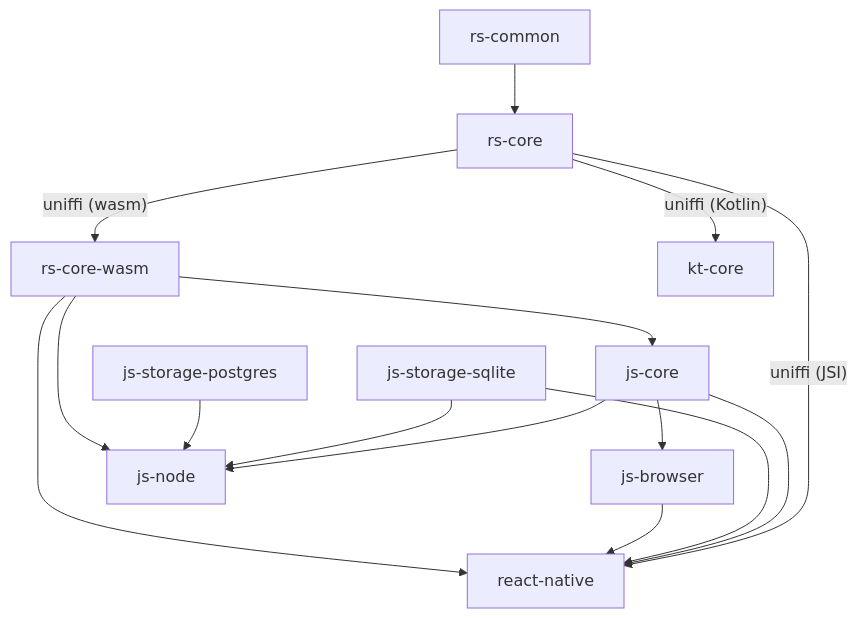
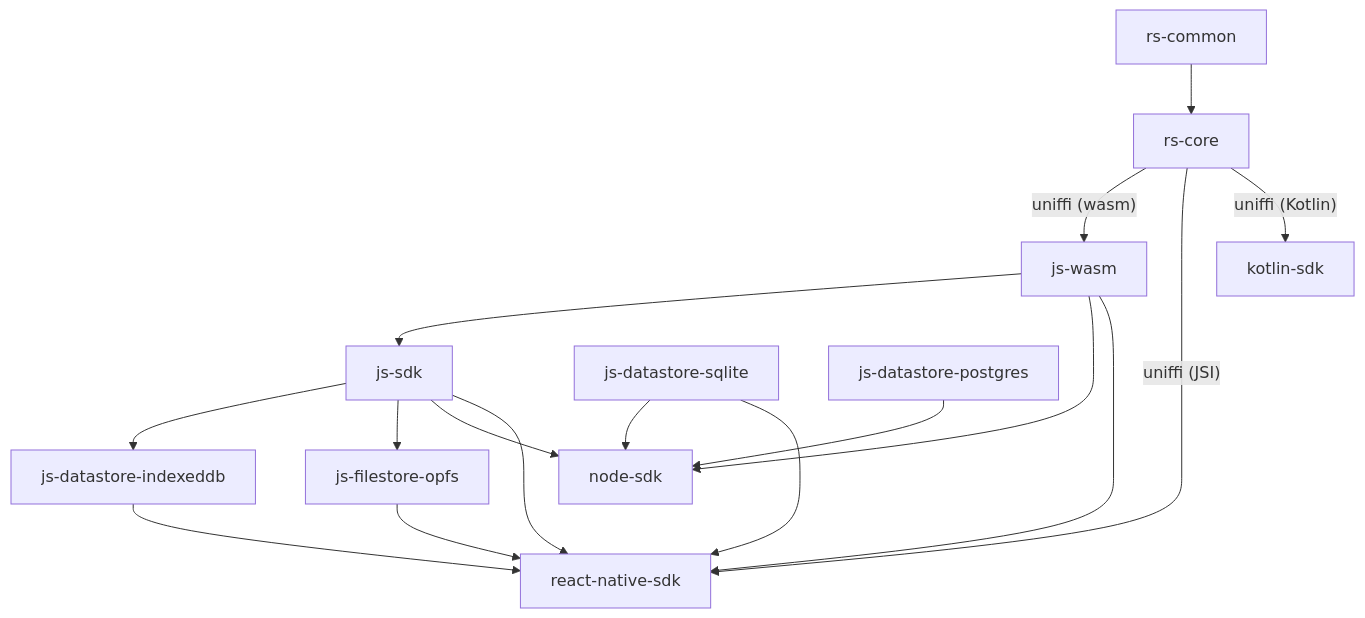
One commit to futo-org/Harbor changed the diagram in docs/content/developer/project-structure.md. Above: the diagram before and after it, drawn with Mermaid. The commit also changed other lines of this file and 732 other files, not shown here.

Commit message:
Rename/reorganize packages; separate js-browser into filestore and datastore packages

````diff
--- a/docs/content/developer/project-structure.md
+++ b/docs/content/developer/project-structure.md
@@ -42,17 +42,19 @@
 ```mermaid
 flowchart TD
   common[rs-common] --> core[rs-core]
-  core -- "uniffi (wasm)" --> wasm[rs-core-wasm]
-  core -- "uniffi (JSI)" --> rn[react-native]
-  core -- "uniffi (Kotlin)" --> kt[kt-core]
-  wasm --> jscore[js-core]
-  jscore --> browser[js-browser]
-  jscore --> node[js-node]
+  core -- "uniffi (wasm)" --> wasm[js-wasm]
+  core -- "uniffi (JSI)" --> rn[react-native-sdk]
+  core -- "uniffi (Kotlin)" --> kt[kotlin-sdk]
+  wasm --> jscore[js-sdk]
+  jscore --> idb[js-datastore-indexeddb]
+  jscore --> opfs[js-filestore-opfs]
+  jscore --> node[node-sdk]
   jscore --> rn
-  sqlite[js-storage-sqlite] --> node
+  sqlite[js-datastore-sqlite] --> node
   sqlite --> rn
-  pg[js-storage-postgres] --> node
-  browser --> rn
+  pg[js-datastore-postgres] --> node
+  idb --> rn
+  opfs --> rn
   wasm --> node
   wasm --> rn
 ```
````
